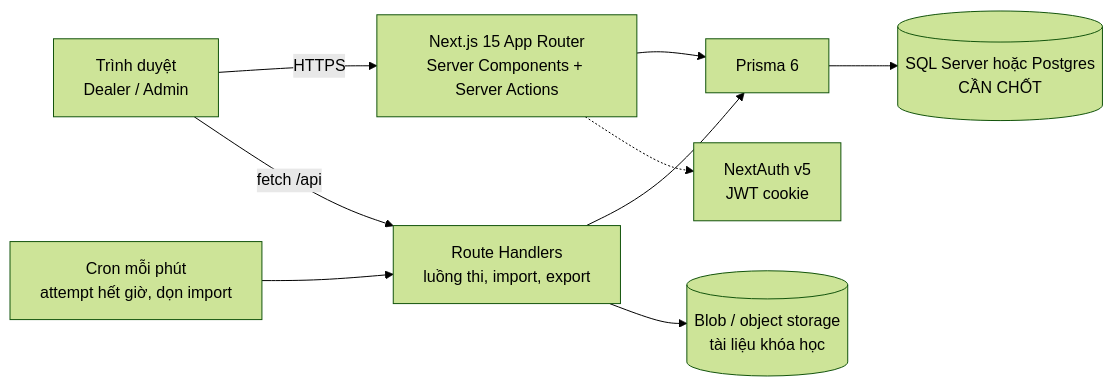
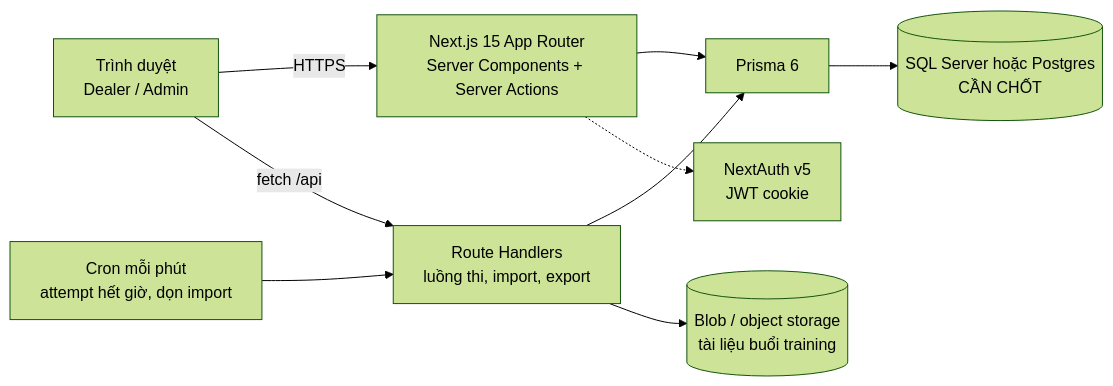
The second of 2 diagrams in Docs/01-tong-quan-pham-vi.md (noeffortnomoney/KD-question-dealer), drawn with Mermaid (forest theme) before and after one commit. The commit also changed other lines of this file and 105 other files, not shown here.

````diff
--- a/Docs/01-tong-quan-pham-vi.md
+++ b/Docs/01-tong-quan-pham-vi.md
@@ -71,11 +71,11 @@
 ```mermaid
 flowchart LR
     U[Trình duyệt<br/>Dealer / Admin] -->|HTTPS| N[Next.js 15 App Router<br/>Server Components + Server Actions]
     U -->|fetch /api| RH[Route Handlers<br/>luồng thi, import, export]
     N --> P[Prisma 6]
     RH --> P
     P --> DB[(SQL Server hoặc Postgres<br/>CẦN CHỐT)]
-    RH --> BLOB[(Blob / object storage<br/>tài liệu khóa học)]
+    RH --> BLOB[(Blob / object storage<br/>tài liệu buổi training)]
     CRON[Cron mỗi phút<br/>attempt hết giờ, dọn import] --> RH
     N -.-> AUTH[NextAuth v5<br/>JWT cookie]
 ```
````
